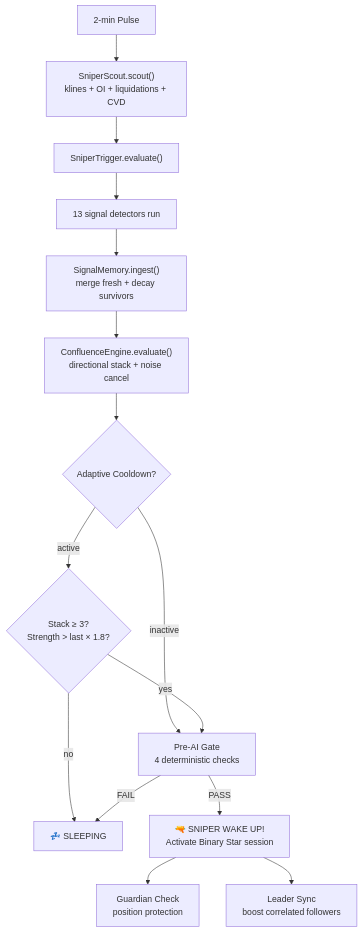
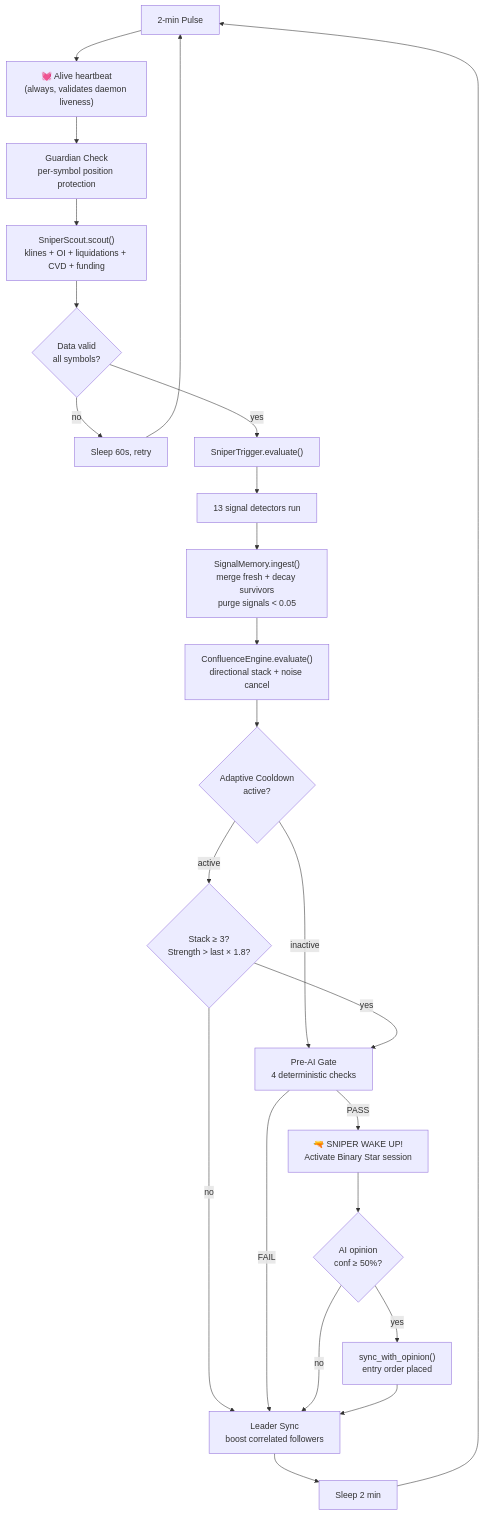
Before and after one commit to jiangyang5157/binary-star: the third of 5 diagrams in README.md, drawn with Mermaid. The commit also changed other lines of this file, not shown here.

````diff
--- a/README.md
+++ b/README.md
@@ -195,17 +251,26 @@
 ```mermaid
 graph TD
-    Pulse["2-min Pulse"] --> Scout["SniperScout.scout()<br/>klines + OI + liquidations + CVD"]
-    Scout --> Trigger["SniperTrigger.evaluate()"]
+    Pulse["2-min Pulse"] --> Heartbeat["💓 Alive heartbeat<br/>(always, validates daemon liveness)"]
+    Heartbeat --> GuardianPre["Guardian Check<br/>per-symbol position protection"]
+    GuardianPre --> Scout["SniperScout.scout()<br/>klines + OI + liquidations + CVD + funding"]
+    Scout --> AllGood{"Data valid<br/>all symbols?"}
+    AllGood -->|no| Sleep60["Sleep 60s, retry"]
+    AllGood -->|yes| Trigger["SniperTrigger.evaluate()"]
     Trigger --> Detect["13 signal detectors run"]
-    Detect --> Memory["SignalMemory.ingest()<br/>merge fresh + decay survivors"]
+    Detect --> Memory["SignalMemory.ingest()<br/>merge fresh + decay survivors<br/>purge signals < 0.05"]
     Memory --> Confluence["ConfluenceEngine.evaluate()<br/>directional stack + noise cancel"]
-    Confluence --> Cooldown{"Adaptive Cooldown?"}
+    Confluence --> Cooldown{"Adaptive Cooldown<br/>active?"}
     Cooldown -->|active| CheckBreak{"Stack ≥ 3?<br/>Strength > last × 1.8?"}
     Cooldown -->|inactive| Gate["Pre-AI Gate<br/>4 deterministic checks"]
     CheckBreak -->|yes| Gate
-    CheckBreak -->|no| Sleep["💤 SLEEPING"]
-    Gate -->|FAIL| Sleep
+    CheckBreak -->|no| LeaderSync["Leader Sync<br/>boost correlated followers"]
+    Gate -->|FAIL| LeaderSync
     Gate -->|PASS| Fire["🔫 SNIPER WAKE UP!<br/>Activate Binary Star session"]
-    Fire --> Guardian["Guardian Check<br/>position protection"]
-    Fire --> LeaderSync["Leader Sync<br/>boost correlated followers"]
+    Fire --> TradeGate{"AI opinion<br/>conf ≥ 50%?"}
+    TradeGate -->|yes| Execute["sync_with_opinion()<br/>entry order placed"]
+    TradeGate -->|no| LeaderSync
+    Execute --> LeaderSync
+    LeaderSync --> Sleep["Sleep 2 min"]
+    Sleep60 --> Pulse
+    Sleep --> Pulse
 ```
````
